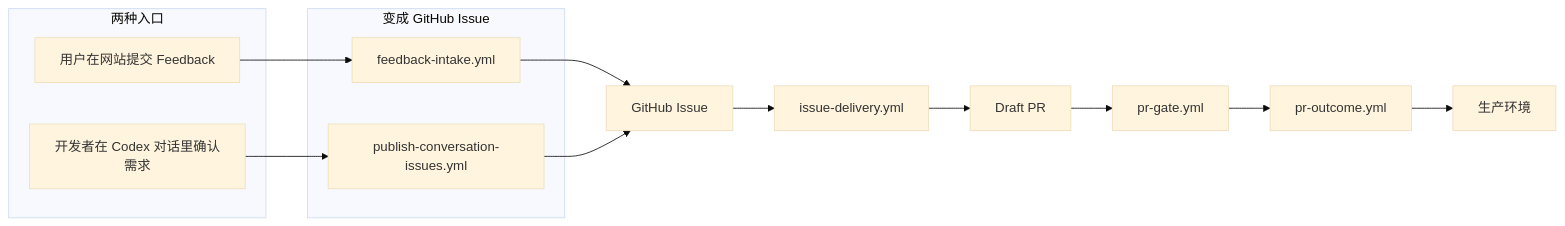
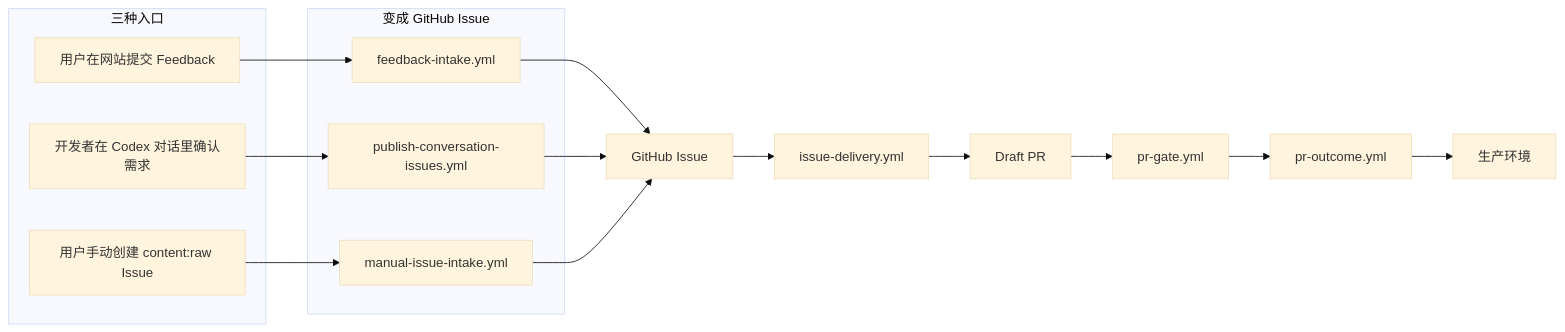
The first of 2 diagrams in .github/workflows/README.md (liuzhuang/signalpatch), drawn with Mermaid (base theme) before and after one commit. The commit also changed other lines of this file and 12 other files, not shown here.

First line of the commit message:
feat(intake): 新增手动 Issue 第三入口并原地晋升

````diff
--- a/.github/workflows/README.md
+++ b/.github/workflows/README.md
@@ -20,25 +20,29 @@
 ```mermaid
 flowchart LR
-  subgraph entry [两种入口]
+  subgraph entry [三种入口]
     A[用户在网站提交 Feedback]
     B[开发者在 Codex 对话里确认需求]
+    C[用户手动创建 content:raw Issue]
   end
   subgraph issue [变成 GitHub Issue]
-    C[feedback-intake.yml]
-    D[publish-conversation-issues.yml]
+    D[feedback-intake.yml]
+    E[publish-conversation-issues.yml]
+    F[manual-issue-intake.yml]
   end
-  E[issue-delivery.yml]
-  F[pr-gate.yml]
-  G[pr-outcome.yml]
-  H[生产环境]
+  G[issue-delivery.yml]
+  H[pr-gate.yml]
+  I[pr-outcome.yml]
+  J[生产环境]
 
-  A --> C
-  B --> D
-  C --> I[GitHub Issue]
-  D --> I
-  I --> E
-  E --> J[Draft PR]
-  J --> F
-  F --> G
-  G --> H
+  A --> D
+  B --> E
+  C --> F
+  D --> K[GitHub Issue]
+  E --> K
+  F --> K
+  K --> G
+  G --> L[Draft PR]
+  L --> H
+  H --> I
+  I --> J
 ```
````
